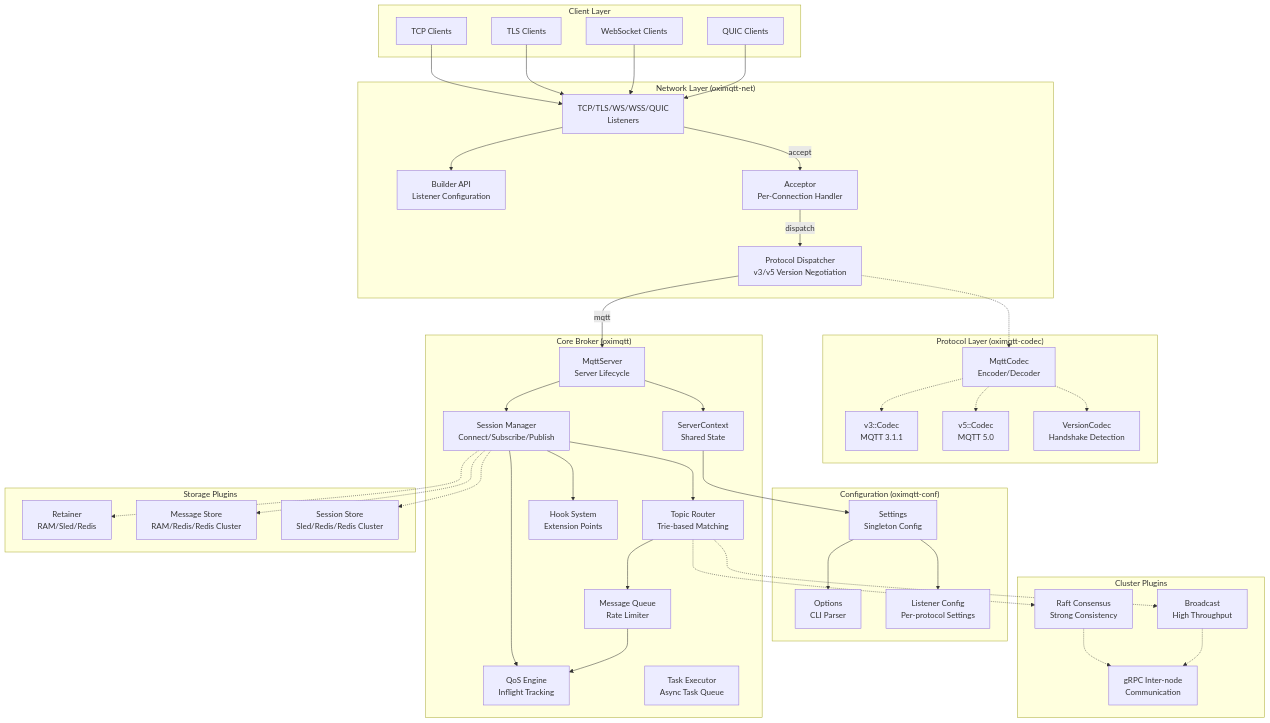
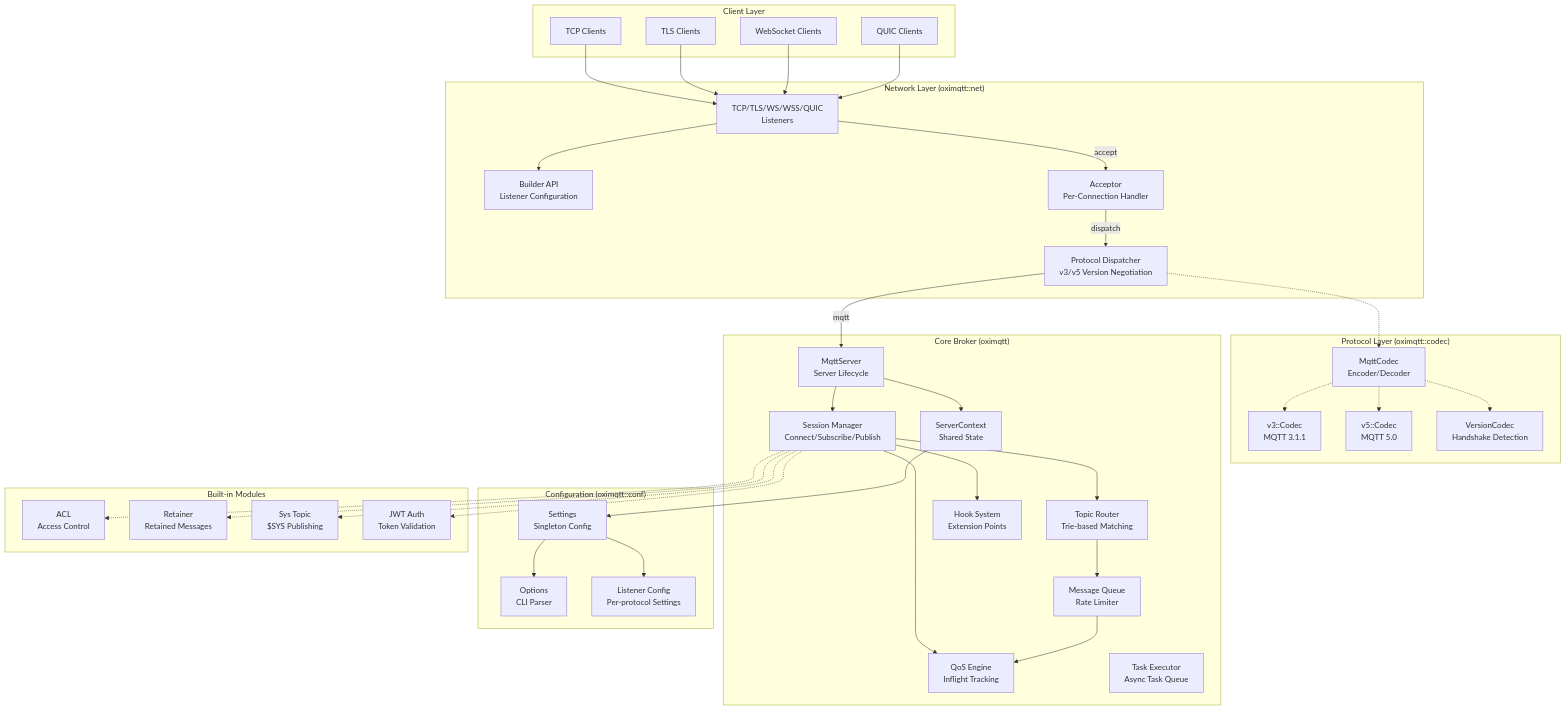
The first of 4 diagrams in docs/en_US/architecture/overview.md (zeaphoo/oximqtt), drawn with Mermaid before and after one commit. The commit also changed other lines of this file and 14 other files, not shown here.

````diff
--- a/docs/en_US/architecture/overview.md
+++ b/docs/en_US/architecture/overview.md
@@ -11,76 +11,69 @@
 ```mermaid
 graph TB
     subgraph "Client Layer"
         MQTT[TCP Clients]
         TLS[TLS Clients]
         WS[WebSocket Clients]
         QUIC[QUIC Clients]
     end
 
-    subgraph "Network Layer (oximqtt-net)"
+    subgraph "Network Layer (oximqtt::net)"
         Builder[Builder API<br/>Listener Configuration]
         Listener[TCP/TLS/WS/WSS/QUIC<br/>Listeners]
         Acceptor[Acceptor<br/>Per-Connection Handler]
         Dispatcher[Protocol Dispatcher<br/>v3/v5 Version Negotiation]
     end
 
-    subgraph "Protocol Layer (oximqtt-codec)"
+    subgraph "Protocol Layer (oximqtt::codec)"
         Codec[MqttCodec<br/>Encoder/Decoder]
         V3[v3::Codec<br/>MQTT 3.1.1]
         V5[v5::Codec<br/>MQTT 5.0]
         Version[VersionCodec<br/>Handshake Detection]
     end
 
     subgraph "Core Broker (oximqtt)"
         Server[MqttServer<br/>Server Lifecycle]
         Context[ServerContext<br/>Shared State]
         Session[Session Manager<br/>Connect/Subscribe/Publish]
         Router[Topic Router<br/>Trie-based Matching]
         Hook[Hook System<br/>Extension Points]
         Inflight[QoS Engine<br/>Inflight Tracking]
         Queue[Message Queue<br/>Rate Limiter]
         Executor[Task Executor<br/>Async Task Queue]
     end
 
-    subgraph "Configuration (oximqtt-conf)"
+    subgraph "Configuration (oximqtt::conf)"
         Settings[Settings<br/>Singleton Config]
         Options[Options<br/>CLI Parser]
         ListenerCfg[Listener Config<br/>Per-protocol Settings]
     end
 
-    subgraph "Storage Plugins"
-        Retain[Retainer<br/>RAM/Sled/Redis]
-        MsgStore[Message Store<br/>RAM/Redis/Redis Cluster]
-        SessionStore[Session Store<br/>Sled/Redis/Redis Cluster]
-    end
-
-    subgraph "Cluster Plugins"
-        Raft[Raft Consensus<br/>Strong Consistency]
-        Broadcast[Broadcast<br/>High Throughput]
-        gRPC[gRPC Inter-node<br/>Communication]
+    subgraph "Built-in Modules"
+        ACL[ACL<br/>Access Control]
+        Retainer[Retainer<br/>Retained Messages]
+        SysTopic[Sys Topic<br/>$SYS Publishing]
+        AuthJWT[JWT Auth<br/>Token Validation]
     end
 
     MQTT & TLS & WS & QUIC --> Listener
     Listener --> Builder
     Listener -->|accept| Acceptor
     Acceptor -->|dispatch| Dispatcher
     Dispatcher -->|mqtt| Server
 
     Dispatcher -.-> Codec
     Codec -.-> V3 & V5 & Version
 
     Server --> Context
     Context --> Settings
     Settings --> Options & ListenerCfg
 
     Server --> Session
     Session --> Hook
     Session --> Inflight
     Session --> Router
     Router --> Queue
     Queue --> Inflight
 
-    Session -.-> Retain & MsgStore & SessionStore
-    Router -.-> Raft & Broadcast
-    Raft & Broadcast -.-> gRPC
+    Session -.-> ACL & Retainer & SysTopic & AuthJWT
 ```
````
